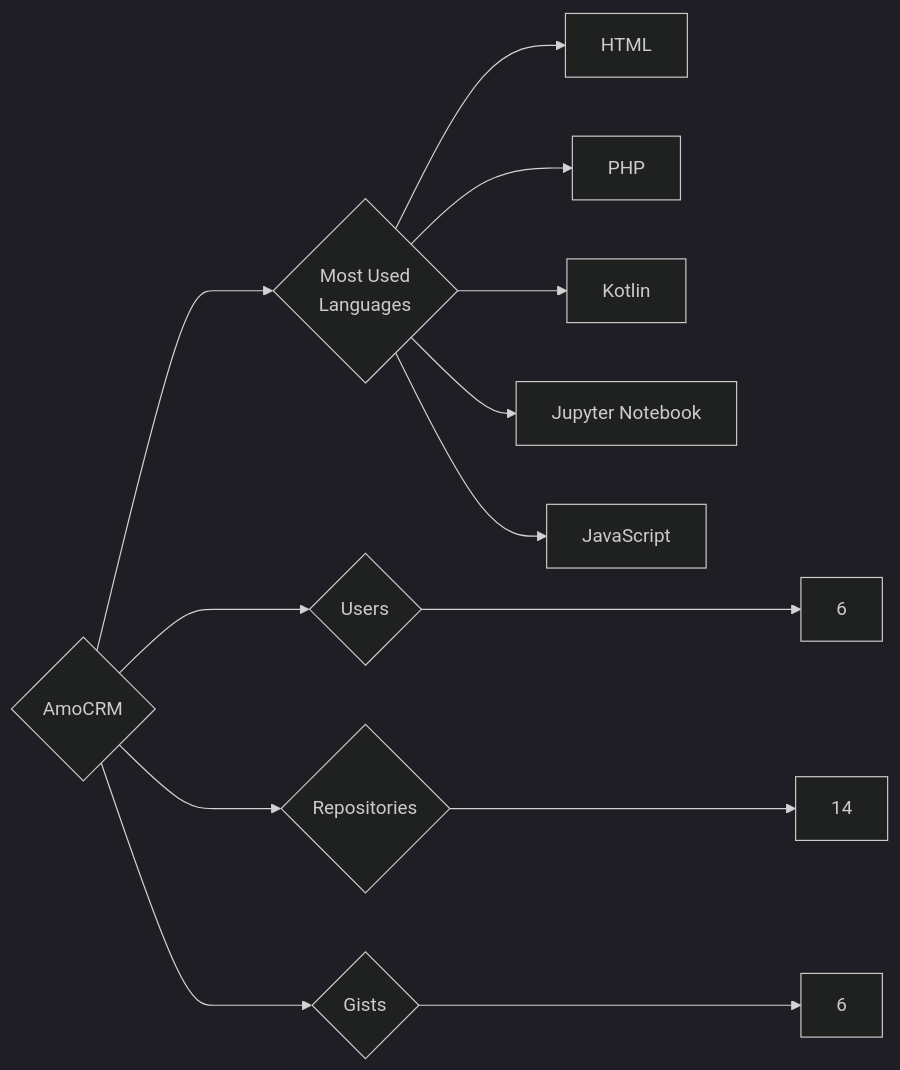
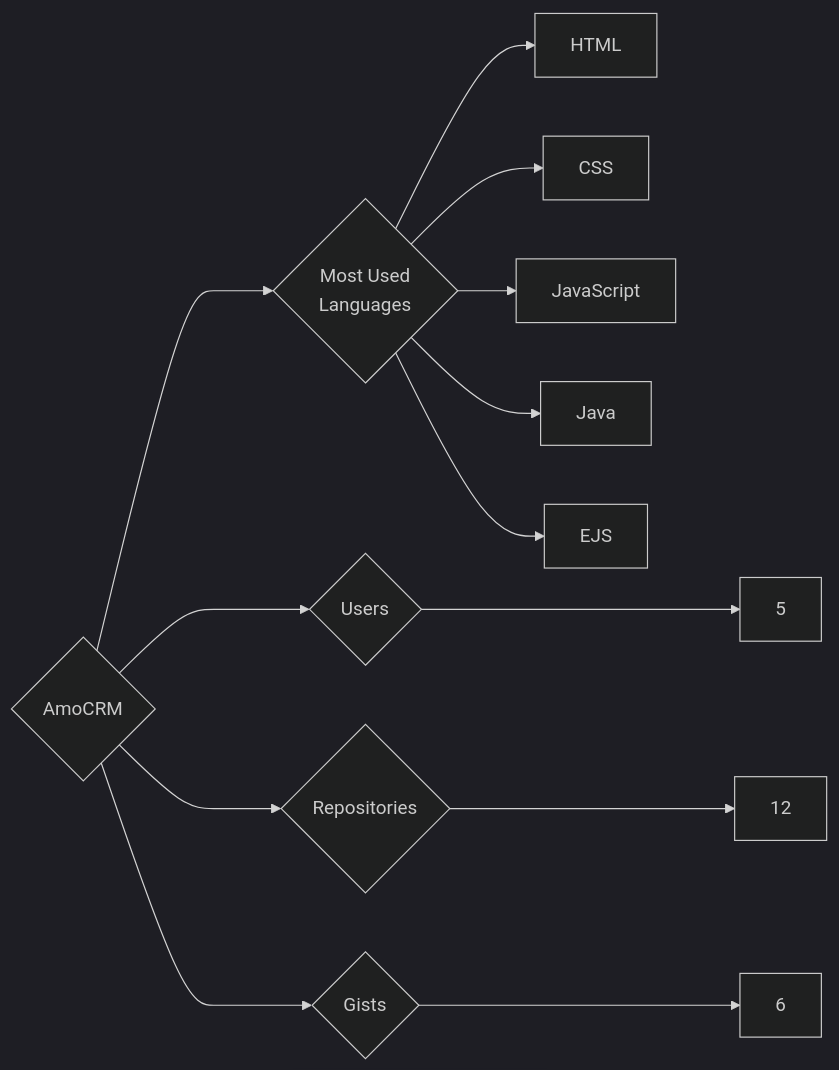
One commit to trickest/insiders changed the diagram in targets/AmoCRM/README.md. Above: the diagram before and after it, drawn with Mermaid (dark theme). The commit also changed 776 other files, not shown here.

````diff
--- a/targets/AmoCRM/README.md
+++ b/targets/AmoCRM/README.md
@@ -3,13 +3,13 @@
 ```mermaid
 graph LR
 COMPANY_NAME{AmoCRM}
-COMPANY_NAME ---> U{Users} ---> UN[6]
-COMPANY_NAME ---> R{Repositories} ---> RN[14]
+COMPANY_NAME ---> U{Users} ---> UN[5]
+COMPANY_NAME ---> R{Repositories} ---> RN[12]
 COMPANY_NAME ---> G{Gists} ---> GN[6]
 COMPANY_NAME ---> ML{Most Used<br>Languages}
 ML --> HTML[HTML]
-ML --> PHP[PHP]
-ML --> Kotlin[Kotlin]
-ML --> Jupyter_Notebook[Jupyter Notebook]
+ML --> CSS[CSS]
 ML --> JavaScript[JavaScript]
+ML --> Java[Java]
+ML --> EJS[EJS]
 ```
````
